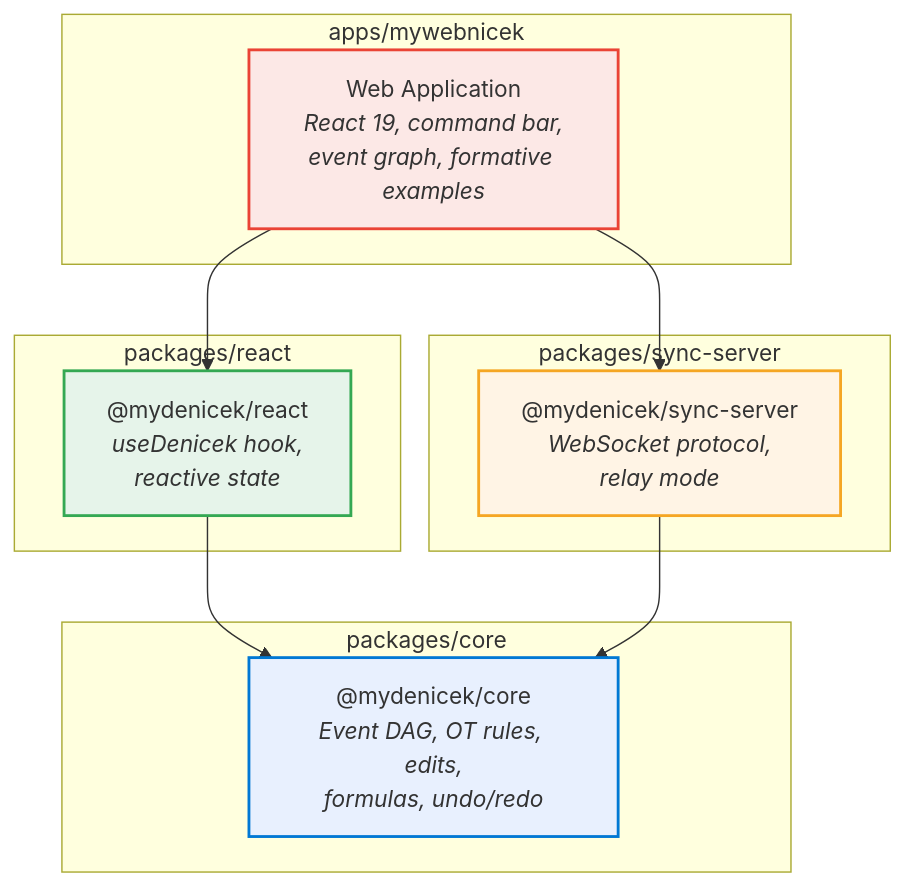
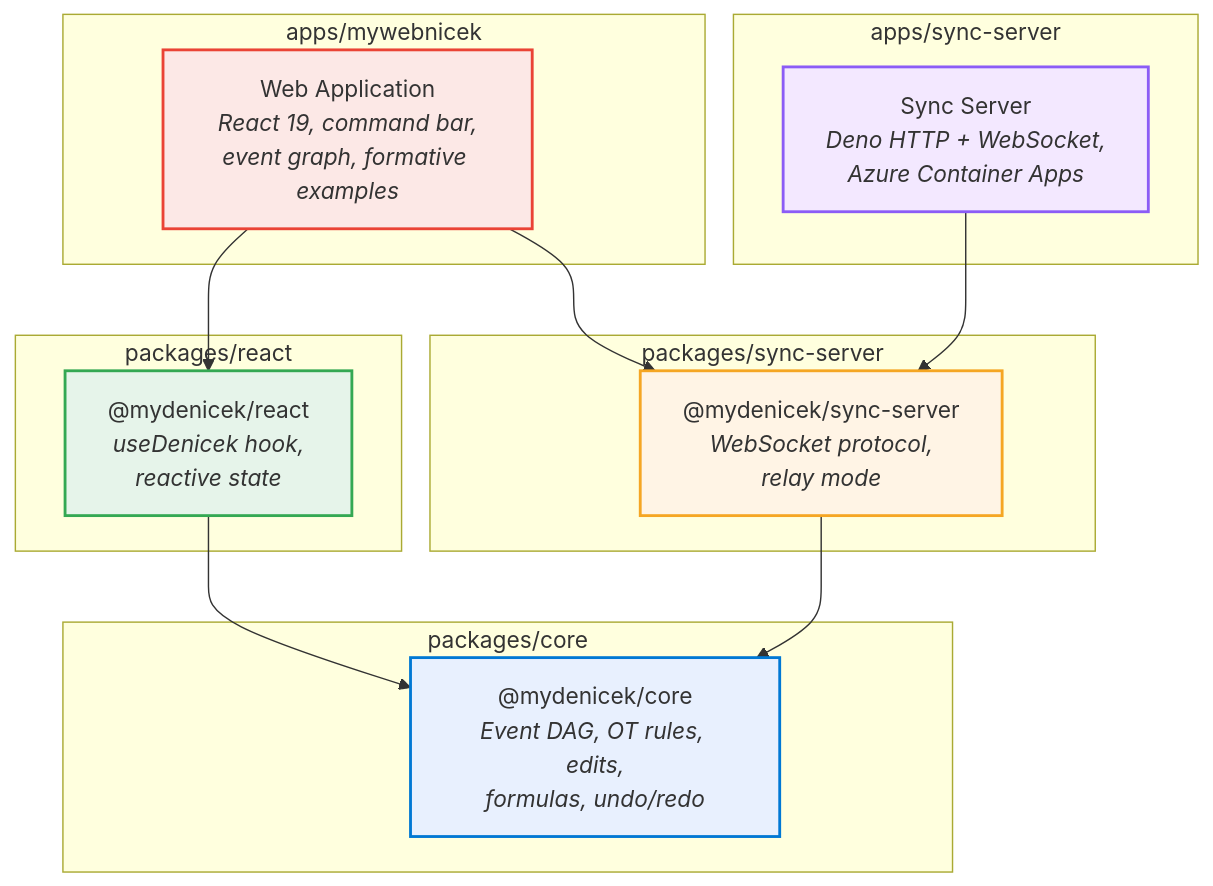
The diagram in img/architecture.mmd (krsion/master-thesis), drawn with Mermaid before and after one commit. The commit also changed 2 other files, not shown here.

Commit message:
Add apps/sync-server to architecture diagram
Shows all 5 monorepo components: core, react, sync-server package,
web app, and deployed sync server (Deno HTTP + Azure Container Apps).

```diff
--- a/img/architecture.mmd
+++ b/img/architecture.mmd
@@ -1,23 +1,28 @@
 graph TD
     subgraph "packages/core"
         CORE["@mydenicek/core<br/><i>Event DAG, OT rules, edits,<br/>formulas, undo/redo</i>"]
     end
     subgraph "packages/react"
         REACT["@mydenicek/react<br/><i>useDenicek hook,<br/>reactive state</i>"]
     end
     subgraph "packages/sync-server"
         SYNC["@mydenicek/sync-server<br/><i>WebSocket protocol,<br/>relay mode</i>"]
     end
     subgraph "apps/mywebnicek"
         APP["Web Application<br/><i>React 19, command bar,<br/>event graph, formative examples</i>"]
     end
+    subgraph "apps/sync-server"
+        SERVER["Sync Server<br/><i>Deno HTTP + WebSocket,<br/>Azure Container Apps</i>"]
+    end
 
     APP --> REACT
     APP --> SYNC
     REACT --> CORE
     SYNC --> CORE
+    SERVER --> SYNC
 
     style CORE fill:#e8f0fe,stroke:#0078d4,stroke-width:2px
     style REACT fill:#e6f4ea,stroke:#34a853,stroke-width:2px
     style SYNC fill:#fff4e5,stroke:#f5a623,stroke-width:2px
     style APP fill:#fce8e6,stroke:#ea4335,stroke-width:2px
+    style SERVER fill:#f3e8ff,stroke:#8b5cf6,stroke-width:2px
```
